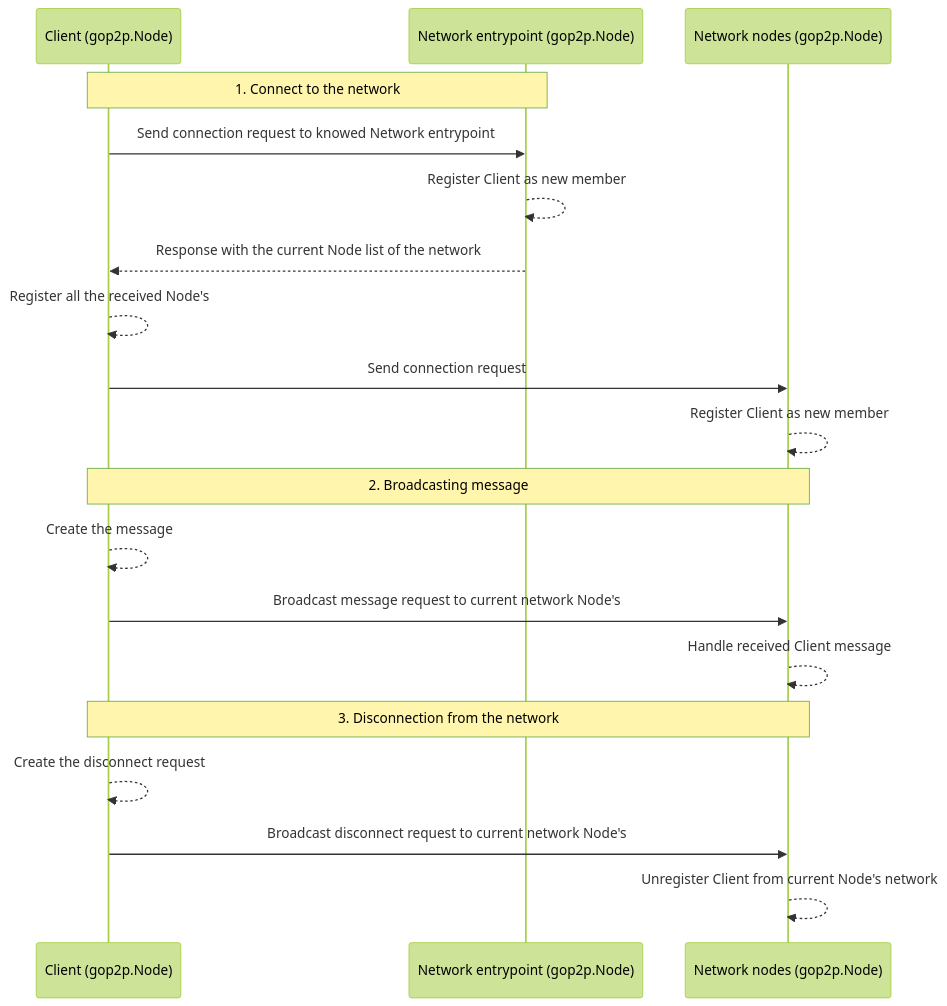
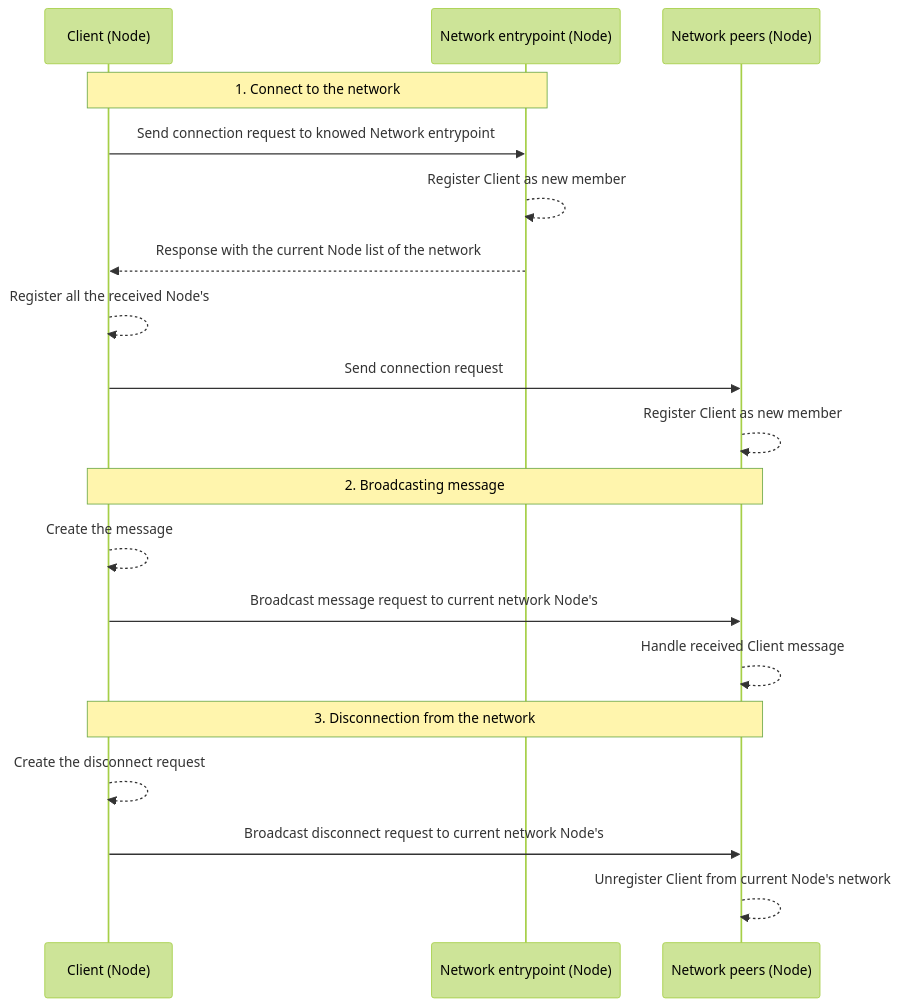
Before and after one commit to lucasmenendez/gop2p: the diagram in README.md, drawn with Mermaid (forest theme). The commit also changed other lines of this file and 1 other file, not shown here.

````diff
--- a/README.md
+++ b/README.md
@@ -19,26 +19,26 @@
 ```mermaid
 sequenceDiagram
-participant Client (gop2p.Node)
-participant Network entrypoint (gop2p.Node)
-participant Network nodes (gop2p.Node)
+participant Client (Node)
+participant Network entrypoint (Node)
+participant Network peers (Node)
 
-Note over Client (gop2p.Node),Network entrypoint (gop2p.Node): 1. Connect to the network
-Client (gop2p.Node) ->> Network entrypoint (gop2p.Node): Send connection request to knowed Network entrypoint
-Network entrypoint (gop2p.Node) -->> Network entrypoint (gop2p.Node): Register Client as new member
-Network entrypoint (gop2p.Node) -->> Client (gop2p.Node): Response with the current Node list of the network
-Client (gop2p.Node) -->> Client (gop2p.Node): Register all the received Node's
-Client (gop2p.Node) ->> Network nodes (gop2p.Node): Send connection request
-Network nodes (gop2p.Node) -->> Network nodes (gop2p.Node): Register Client as new member
+Note over Client (Node),Network entrypoint (Node): 1. Connect to the network
+Client (Node) ->> Network entrypoint (Node): Send connection request to knowed Network entrypoint
+Network entrypoint (Node) -->> Network entrypoint (Node): Register Client as new member
+Network entrypoint (Node) -->> Client (Node): Response with the current Node list of the network
+Client (Node) -->> Client (Node): Register all the received Node's
+Client (Node) ->> Network peers (Node): Send connection request
+Network peers (Node) -->> Network peers (Node): Register Client as new member
 
-Note over Client (gop2p.Node),Network nodes (gop2p.Node): 2. Broadcasting message
-Client (gop2p.Node) -->> Client (gop2p.Node): Create the message
-Client (gop2p.Node) ->> Network nodes (gop2p.Node): Broadcast message request to current network Node's
+Note over Client (Node),Network peers (Node): 2. Broadcasting message
+Client (Node) -->> Client (Node): Create the message
+Client (Node) ->> Network peers (Node): Broadcast message request to current network Node's
 
-Network nodes (gop2p.Node) -->> Network nodes (gop2p.Node): Handle received Client message
+Network peers (Node) -->> Network peers (Node): Handle received Client message
 
-Note over Client (gop2p.Node),Network nodes (gop2p.Node): 3. Disconnection from the network
-Client (gop2p.Node) -->> Client (gop2p.Node): Create the disconnect request
-Client (gop2p.Node) ->> Network nodes (gop2p.Node): Broadcast disconnect request to current network Node's
+Note over Client (Node),Network peers (Node): 3. Disconnection from the network
+Client (Node) -->> Client (Node): Create the disconnect request
+Client (Node) ->> Network peers (Node): Broadcast disconnect request to current network Node's
 
-Network nodes (gop2p.Node) -->> Network nodes (gop2p.Node): Unregister Client from current Node's network
+Network peers (Node) -->> Network peers (Node): Unregister Client from current Node's network
 ```
````
